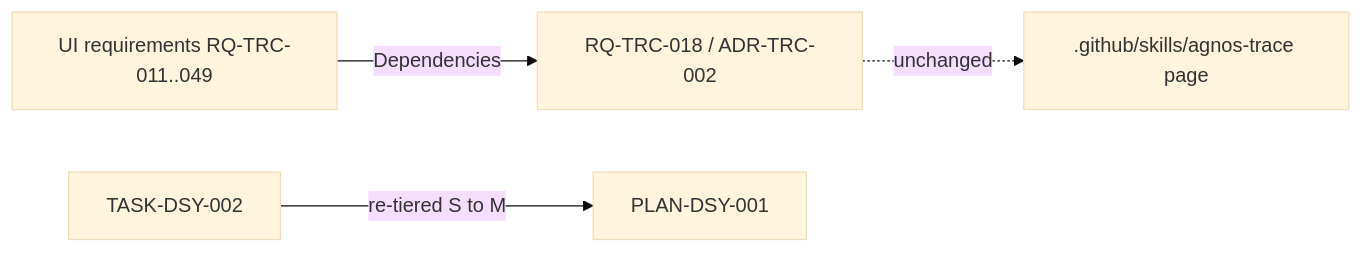
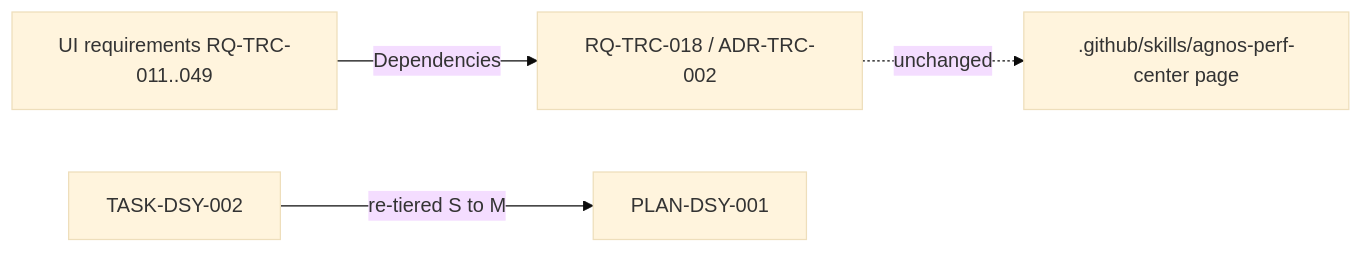
One commit to spashx/agnos changed the diagram in process/2.architecture/ADR-FIX-001-documentation-only-corrections.md. Above: the diagram before and after it, drawn with Mermaid (base theme). The commit also changed other lines of this file and 147 other files, not shown here.

Commit message:
refactor(TRC): ADR-TRC-013/TASK-TRC-089 agnos-trace becomes agnos-perf-center, as it monitors the process's execution on a project (RQ-TRC-104 to RQ-TRC-106)

````diff
--- a/process/2.architecture/ADR-FIX-001-documentation-only-corrections.md
+++ b/process/2.architecture/ADR-FIX-001-documentation-only-corrections.md
@@ -37,6 +38,6 @@
 ```mermaid
 flowchart LR
   UI[UI requirements RQ-TRC-011..049] -->|Dependencies| DS[RQ-TRC-018 / ADR-TRC-002]
-  DS -.->|unchanged| PAGE[.github/skills/agnos-trace page]
+  DS -.->|unchanged| PAGE[.github/skills/agnos-perf-center page]
   T[TASK-DSY-002] -->|re-tiered S to M| PLAN[PLAN-DSY-001]
 ```
````
